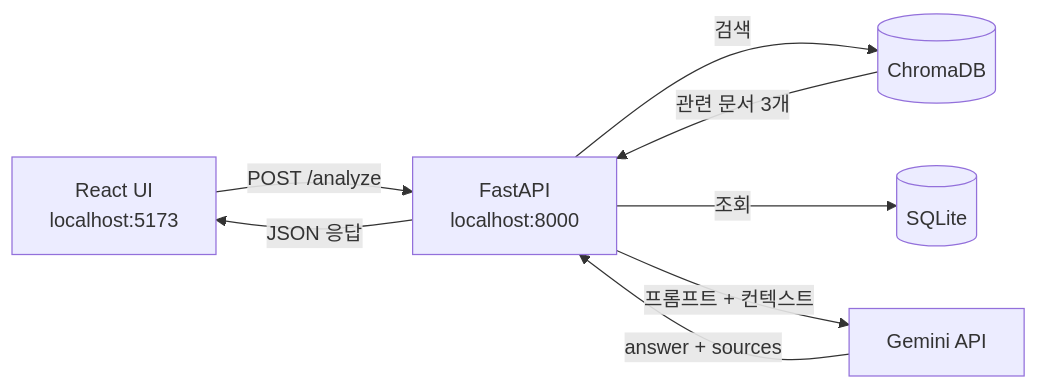
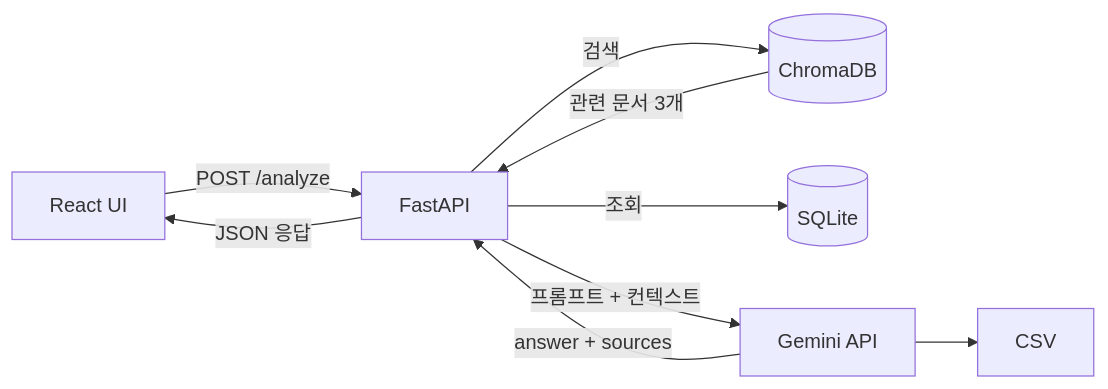
The second of 2 diagrams in README.md (imnoah-debug/careerfit_ai), drawn with Mermaid before and after one commit.

Commit message:
ㅇ

````diff
--- a/README.md
+++ b/README.md
@@ -39,10 +39,11 @@
 ```mermaid
 flowchart LR
- A[React UI\nlocalhost:5173] -->|POST /analyze| B[FastAPI\nlocalhost:8000]
+ A[React UI] -->|POST /analyze| B[FastAPI]
  B -->|검색| C[(ChromaDB)]
  B -->|조회| D[(SQLite)]
  C -->|관련 문서 3개| B
  B -->|프롬프트 + 컨텍스트| E[Gemini API]
  E -->|answer + sources| B
  B -->|JSON 응답| A
+ E --> F[CSV]
 ```
````
